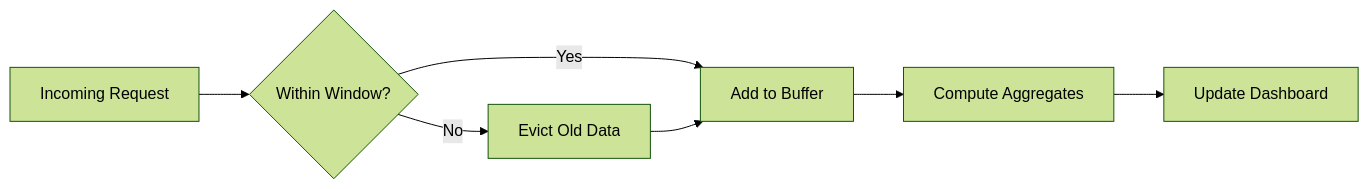
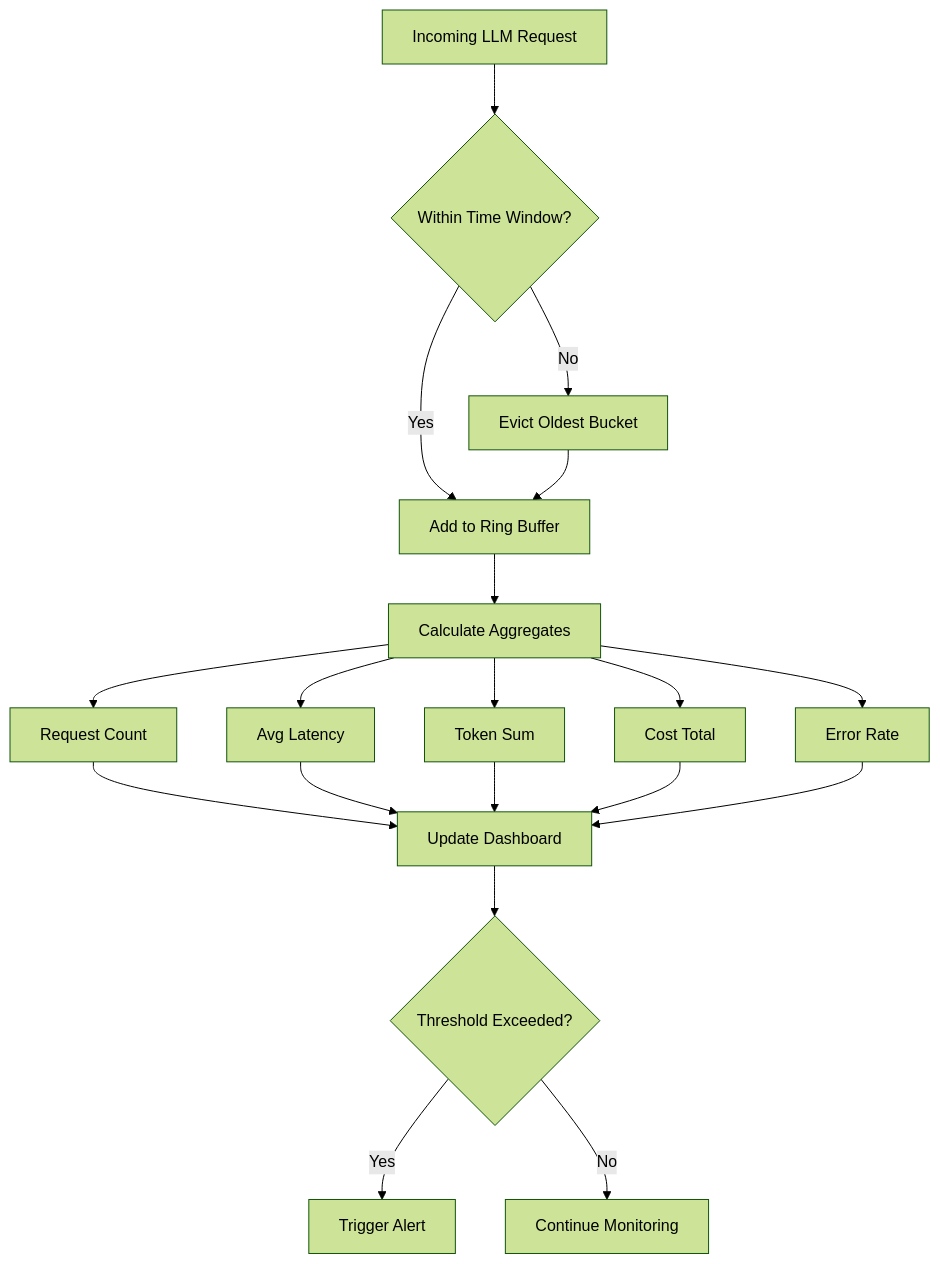
Before and after one commit to Shafwansafi06/observability-hub: the eighth of 12 diagrams in README.md, drawn with Mermaid (forest theme). The commit also changed other lines of this file, not shown here.

````diff
--- a/README.md
+++ b/README.md
@@ -248,9 +819,24 @@
 ```mermaid
-flowchart LR
-    A[Incoming Request] --> B{Within Window?}
-    B -->|Yes| C[Add to Buffer]
-    B -->|No| D[Evict Old Data]
-    C --> E[Compute Aggregates]
+flowchart TB
+    A[Incoming LLM Request] --> B{Within Time Window?}
+    B -->|Yes| C[Add to Ring Buffer]
+    B -->|No| D[Evict Oldest Bucket]
     D --> C
-    E --> F[Update Dashboard]
+    
+    C --> E[Calculate Aggregates]
+    E --> F[Request Count]
+    E --> G[Avg Latency]
+    E --> H[Token Sum]
+    E --> I[Cost Total]
+    E --> J[Error Rate]
+    
+    F --> K[Update Dashboard]
+    G --> K
+    H --> K
+    I --> K
+    J --> K
+    
+    K --> L{Threshold Exceeded?}
+    L -->|Yes| M[Trigger Alert]
+    L -->|No| N[Continue Monitoring]
 ```
````
